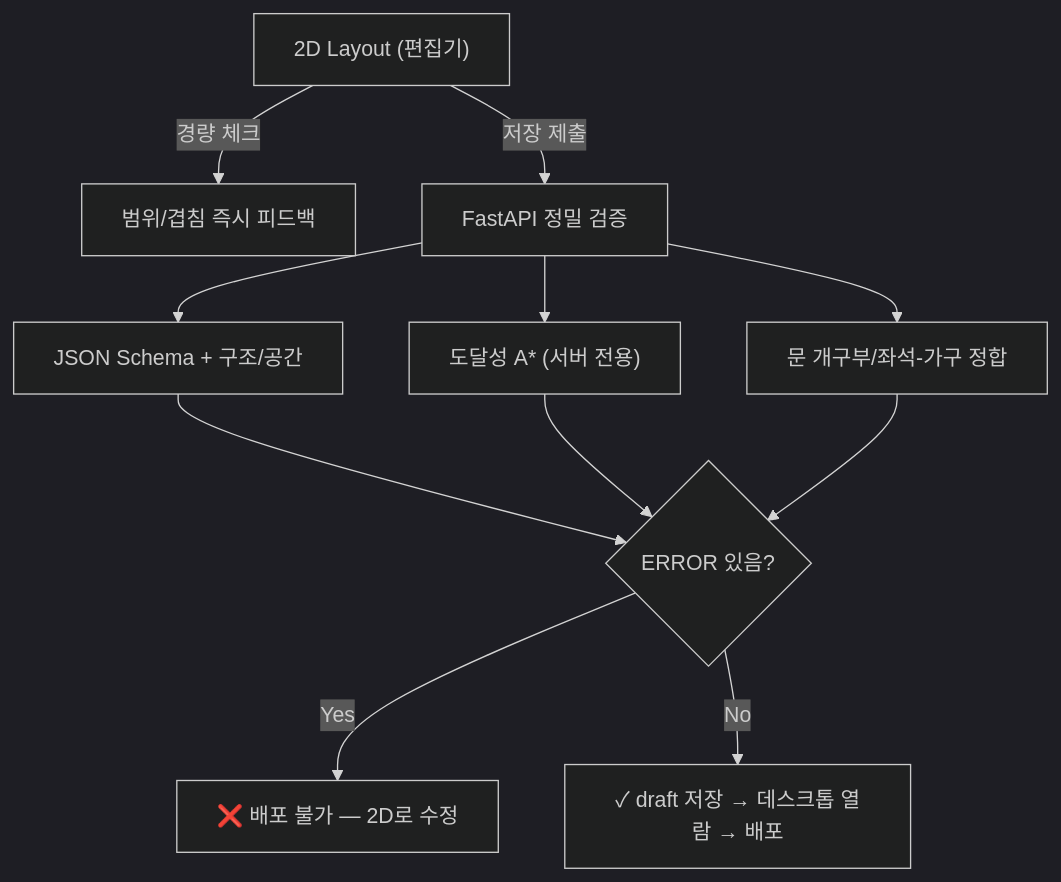
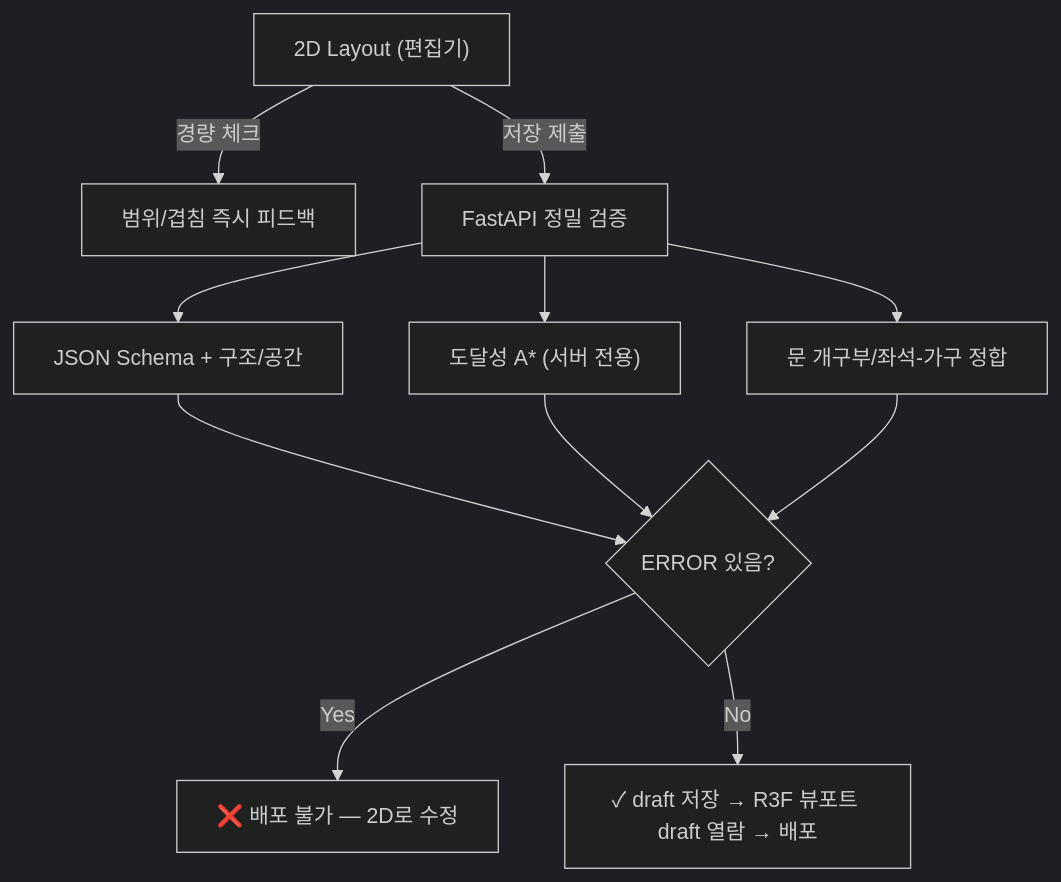
Before and after one commit to choiwjun/virtualoffice_new: the second of 7 diagrams in docs/planning/06-screens.md, drawn with Mermaid (dark theme). The commit also changed other lines of this file and 739 other files, not shown here.

````diff
--- a/docs/planning/06-screens.md
+++ b/docs/planning/06-screens.md
@@ -464,11 +475,11 @@
 ```mermaid
 graph TD
     A["2D Layout (편집기)"] -->|경량 체크| B["범위/겹침 즉시 피드백"]
     A -->|저장 제출| C["FastAPI 정밀 검증"]
     C --> D["JSON Schema + 구조/공간"]
     C --> E["도달성 A* (서버 전용)"]
     C --> F["문 개구부/좌석-가구 정합"]
     D & E & F --> G{"ERROR 있음?"}
     G -->|Yes| H["❌ 배포 불가 — 2D로 수정"]
-    G -->|No| I["✓ draft 저장 → 데스크톱 열람 → 배포"]
+    G -->|No| I["✓ draft 저장 → R3F 뷰포트 draft 열람 → 배포"]
 ```
````
